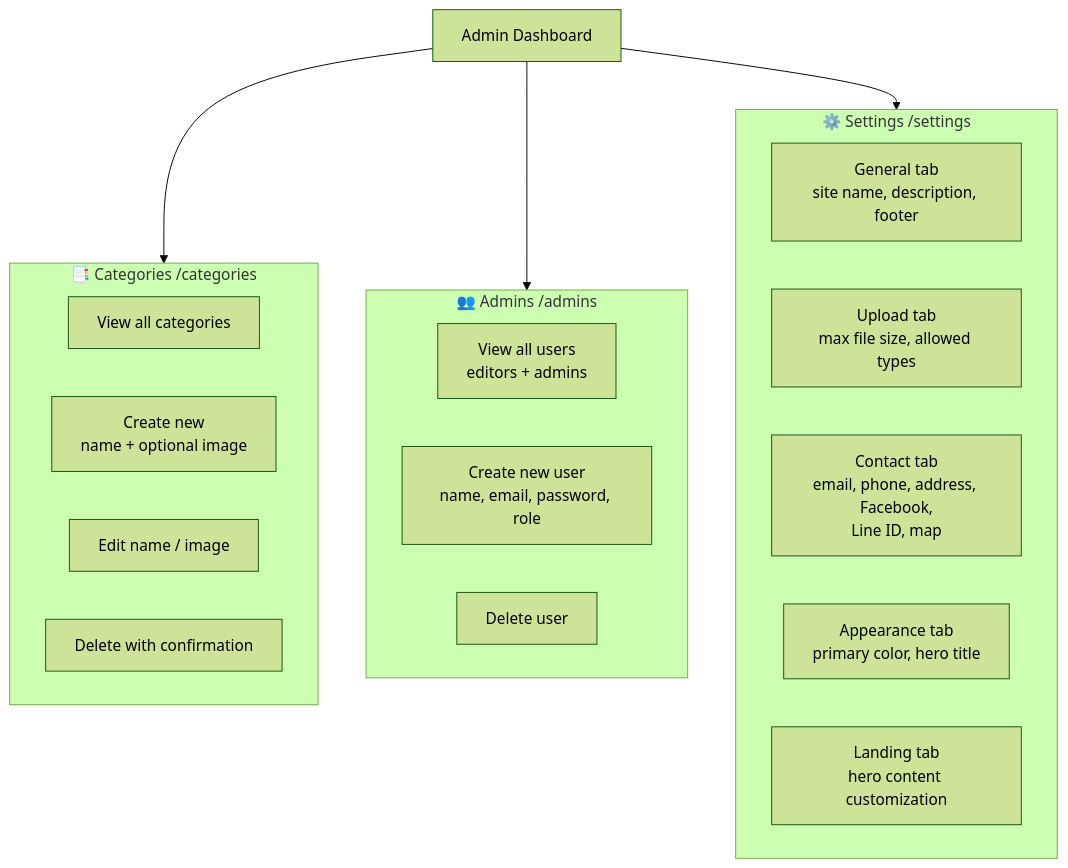
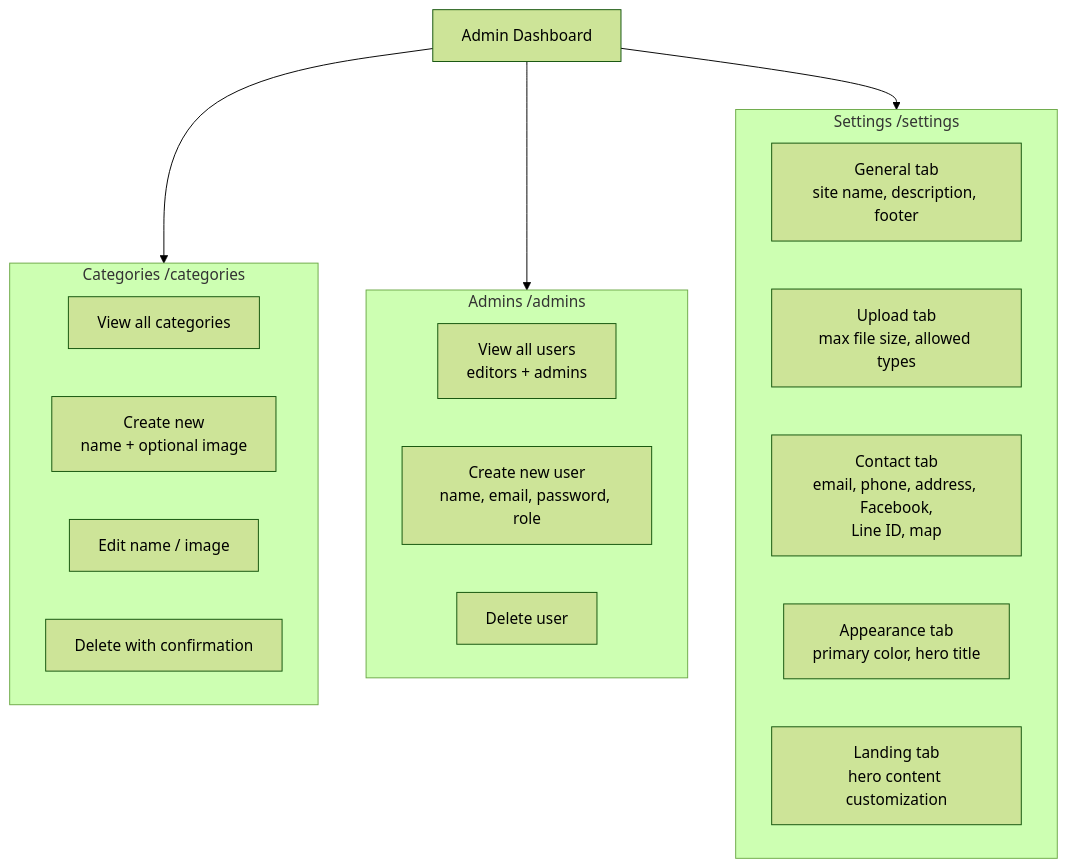
One commit to Teeraphat2104/portfolio_Teeraphat changed diagram 12 of 12 in src/content/university.md. Above: the diagram before and after it, drawn with Mermaid (forest theme). The commit also changed other lines of this file and 4 other files, not shown here.

````diff
--- a/src/content/university.md
+++ b/src/content/university.md
@@ -416,27 +340,27 @@
 ```mermaid
 flowchart TD
-    subgraph Categories["📑 Categories /categories"]
+    subgraph Categories["Categories /categories"]
         C1[View all categories]
         C2[Create new\nname + optional image]
         C3[Edit name / image]
         C4[Delete with confirmation]
     end
 
-    subgraph Admins["👥 Admins /admins"]
+    subgraph Admins["Admins /admins"]
         A1[View all users\neditors + admins]
         A2[Create new user\nname, email, password, role]
         A3[Delete user]
     end
 
-    subgraph Settings["⚙️ Settings /settings"]
+    subgraph Settings["Settings /settings"]
         S1[General tab\nsite name, description, footer]
         S2[Upload tab\nmax file size, allowed types]
         S3[Contact tab\nemail, phone, address, Facebook,\nLine ID, map]
         S4[Appearance tab\nprimary color, hero title]
         S5[Landing tab\nhero content customization]
     end
 
     Admin[Admin Dashboard] --> Categories
     Admin --> Admins
     Admin --> Settings
 ```
````
